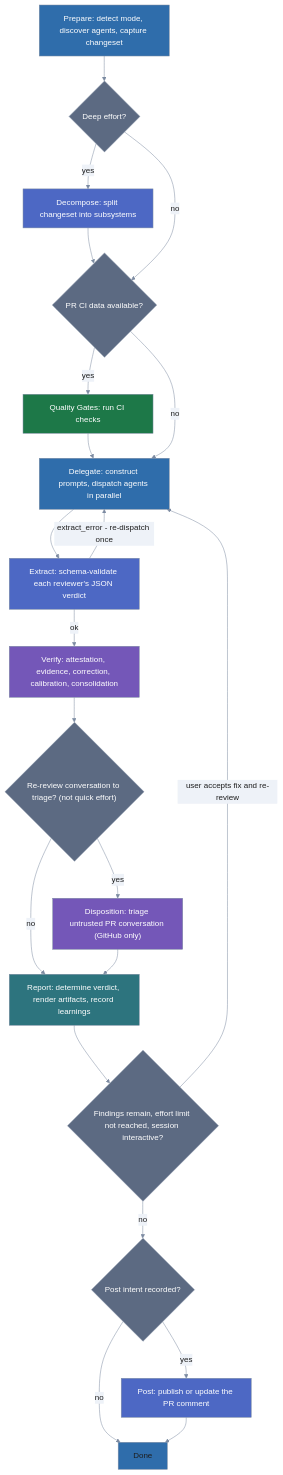
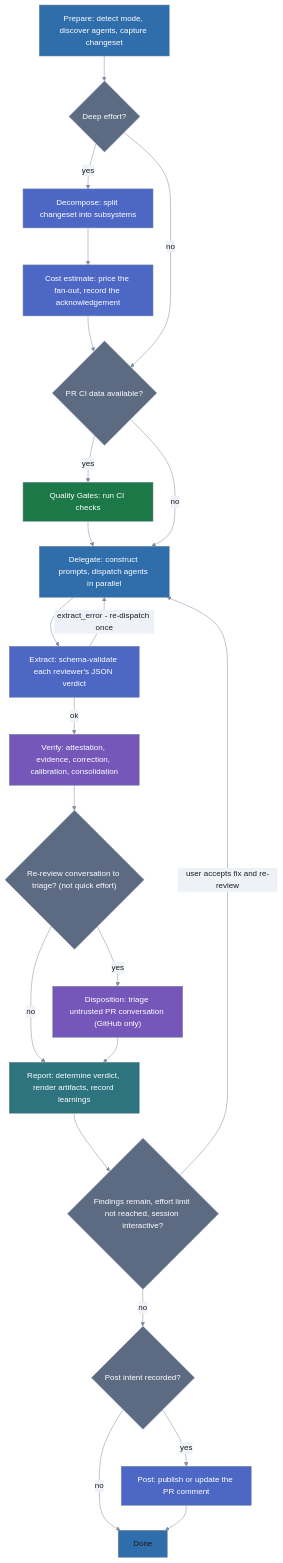
The second of 2 diagrams in README.md (lolables/lola-mod-review-council), drawn with Mermaid before and after one commit. The commit also changed other lines of this file and 5 other files, not shown here.

````diff
--- a/README.md
+++ b/README.md
@@ -306,68 +307,70 @@
 ```mermaid
 %%{init: {'theme': 'base', 'themeVariables': {
   'primaryColor': '#2f6dab',
   'primaryTextColor': '#1e1e1e',
   'primaryBorderColor': '#7c8ba1',
   'lineColor': '#7c8ba1',
   'edgeLabelBackground': '#eef2f8',
   'tertiaryColor': 'transparent',
   'tertiaryTextColor': '#7c8ba1',
   'tertiaryBorderColor': '#7c8ba1',
   'clusterBkg': 'transparent',
   'clusterBorder': '#7c8ba1',
   'titleColor': '#7c8ba1',
   'noteBkgColor': '#eef2f8',
   'noteTextColor': '#1e1e1e',
   'fontFamily': 'system-ui, sans-serif'
 }, 'themeCSS': '.node .nodeLabel{color:#ffffff!important;fill:#ffffff!important;}'}}%%
 flowchart TD
   prep["Prepare: detect mode, discover agents, capture changeset"]
   decgate{"Deep effort?"}
   dec["Decompose: split changeset into subsystems"]
+  cost["Cost estimate: price the fan-out, record the acknowledgement"]
   qg{"PR CI data available?"}
   qgrun["Quality Gates: run CI checks"]
   del["Delegate: construct prompts, dispatch agents in parallel"]
   ext["Extract: schema-validate each reviewer's JSON verdict"]
   ver["Verify: attestation, evidence, correction, calibration, consolidation"]
   dispgate{"Re-review conversation to triage? (not quick effort)"}
   disp["Disposition: triage untrusted PR conversation (GitHub only)"]
   report["Report: determine verdict, render artifacts, record learnings"]
   iter{"Findings remain, effort limit not reached, session interactive?"}
   postgate{"Post intent recorded?"}
   post["Post: publish or update the PR comment"]
   done["Done"]
 
   prep --> decgate
   decgate -->|yes| dec
-  dec --> qg
+  dec --> cost
+  cost --> qg
   decgate -->|no| qg
   qg -->|yes| qgrun
   qgrun --> del
   qg -->|no| del
   del --> ext
   ext -->|extract_error - re-dispatch once| del
   ext -->|ok| ver
   ver --> dispgate
   dispgate -->|yes| disp
   dispgate -->|no| report
   disp --> report
   report --> iter
   iter -->|user accepts fix and re-review| del
   iter -->|no| postgate
   postgate -->|yes| post
   postgate -->|no| done
   post --> done
 
   classDef sysA fill:#2f6dab,color:#ffffff,stroke:#7c8ba1
   classDef sysB fill:#1d7848,color:#ffffff,stroke:#7c8ba1
   classDef sysC fill:#7457b8,color:#ffffff,stroke:#7c8ba1
   classDef sysD fill:#2d747e,color:#ffffff,stroke:#7c8ba1
   classDef sysE fill:#4d68c4,color:#ffffff,stroke:#7c8ba1
   classDef sysF fill:#5c6a82,color:#ffffff,stroke:#7c8ba1
   class prep,del sysA
   class qgrun sysB
   class ver,disp sysC
   class report sysD
-  class dec,ext,post sysE
+  class dec,cost,ext,post sysE
   class qg,iter,dispgate,decgate,postgate sysF
 ```
````
